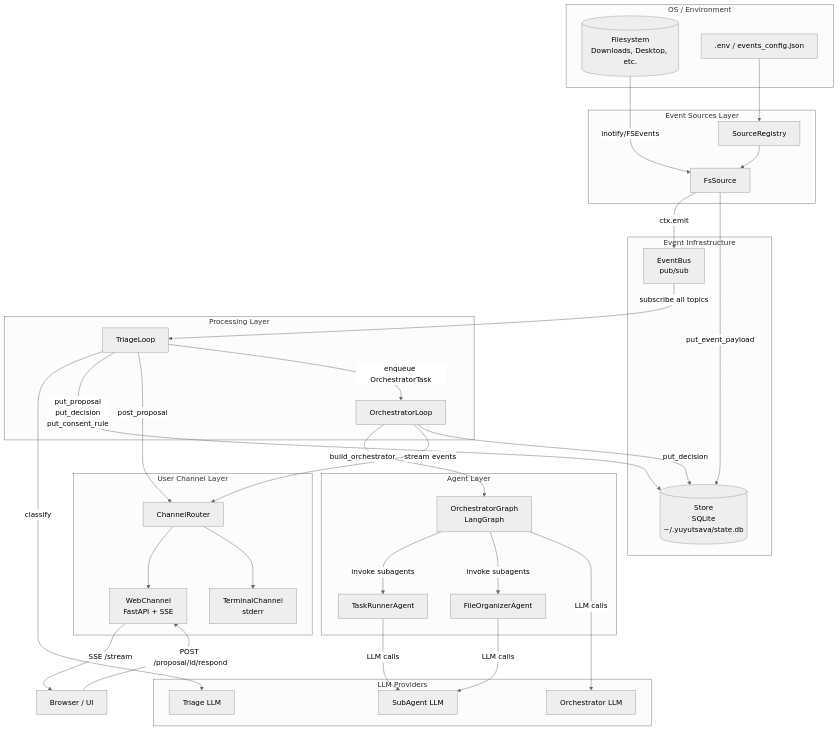
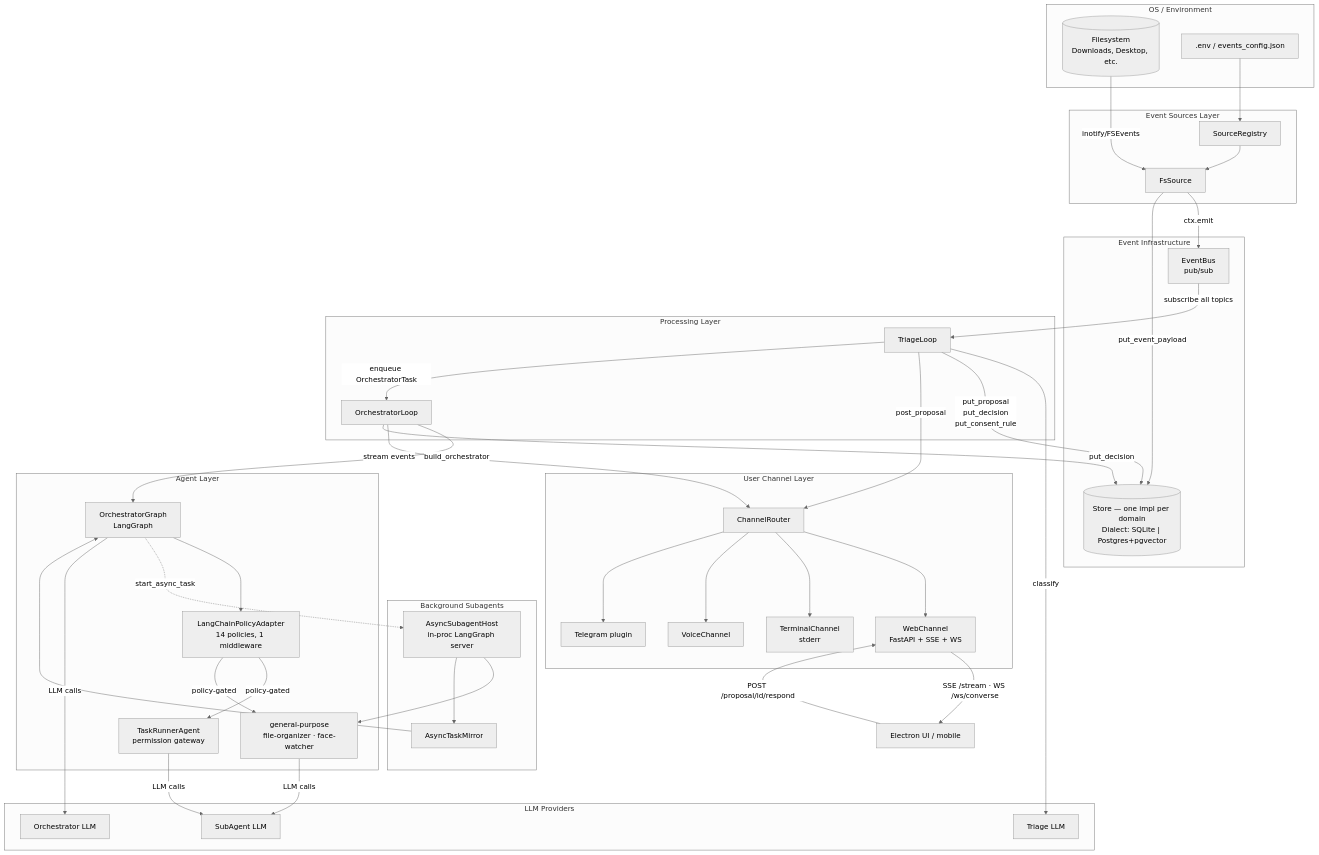
One commit to Abhinav210310453045/YUYUTSAVA-backend changed the first of 16 diagrams in DAEMON_ARCHITECTURE.md. Above: the diagram before and after it, drawn with Mermaid (neutral theme). The commit also changed other lines of this file and 233 other files, not shown here.

````diff
--- a/DAEMON_ARCHITECTURE.md
+++ b/DAEMON_ARCHITECTURE.md
@@ -7,63 +21,76 @@
 ```mermaid
 graph TB
     subgraph OS["OS / Environment"]
         FS[("Filesystem\nDownloads, Desktop, etc.")]
         ENV[".env / events_config.json"]
     end
 
     subgraph Sources["Event Sources Layer"]
         SR[SourceRegistry]
         FSS[FsSource]
         SR --> FSS
     end
 
     subgraph EventLayer["Event Infrastructure"]
         BUS[EventBus\npub/sub]
-        STORE[("Store\nSQLite\n~/.yuyutsava/state.db")]
+        STORE[("Store — one impl per domain\nDialect: SQLite | Postgres+pgvector")]
     end
 
     subgraph Processing["Processing Layer"]
         TL[TriageLoop]
         OL[OrchestratorLoop]
     end
 
     subgraph Agents["Agent Layer"]
         ORCH[OrchestratorGraph\nLangGraph]
-        TR[TaskRunnerAgent]
-        FO[FileOrganizerAgent]
+        POL[LangChainPolicyAdapter\n14 policies, 1 middleware]
+        TR[TaskRunnerAgent\npermission gateway]
+        GP[general-purpose\nfile-organizer · face-watcher]
+    end
+
+    subgraph Async["Background Subagents"]
+        HOST[AsyncSubagentHost\nin-proc LangGraph server]
+        MIRROR[AsyncTaskMirror]
     end
 
     subgraph Channels["User Channel Layer"]
         CR[ChannelRouter]
-        WC[WebChannel\nFastAPI + SSE]
+        WC[WebChannel\nFastAPI + SSE + WS]
         TC[TerminalChannel\nstderr]
+        VC[VoiceChannel]
+        TG[Telegram plugin]
     end
 
     subgraph LLM["LLM Providers"]
         TLLM[Triage LLM]
         OLLM[Orchestrator LLM]
         SLLM[SubAgent LLM]
     end
 
     FS -->|inotify/FSEvents| FSS
     ENV --> SR
     FSS -->|ctx.emit| BUS
     FSS -->|put_event_payload| STORE
     BUS -->|subscribe all topics| TL
     TL -->|classify| TLLM
     TL -->|put_proposal\nput_decision\nput_consent_rule| STORE
     TL -->|post_proposal| CR
     CR --> WC
     CR --> TC
-    WC -->|SSE /stream| Browser["Browser / UI"]
+    CR --> VC
+    CR --> TG
+    WC -->|SSE /stream · WS /ws/converse| Browser["Electron UI / mobile"]
     Browser -->|POST /proposal/id/respond| WC
     TL -->|enqueue OrchestratorTask| OL
     OL -->|build_orchestrator| ORCH
-    ORCH -->|invoke subagents| TR
-    ORCH -->|invoke subagents| FO
+    ORCH --> POL
+    POL -->|policy-gated| TR
+    POL -->|policy-gated| GP
+    ORCH -. start_async_task .-> HOST --> GP
+    HOST --> MIRROR --> ORCH
     ORCH -->|LLM calls| OLLM
     TR -->|LLM calls| SLLM
-    FO -->|LLM calls| SLLM
+    GP -->|LLM calls| SLLM
     OL -->|stream events| CR
     OL -->|put_decision| STORE
 ```
````
